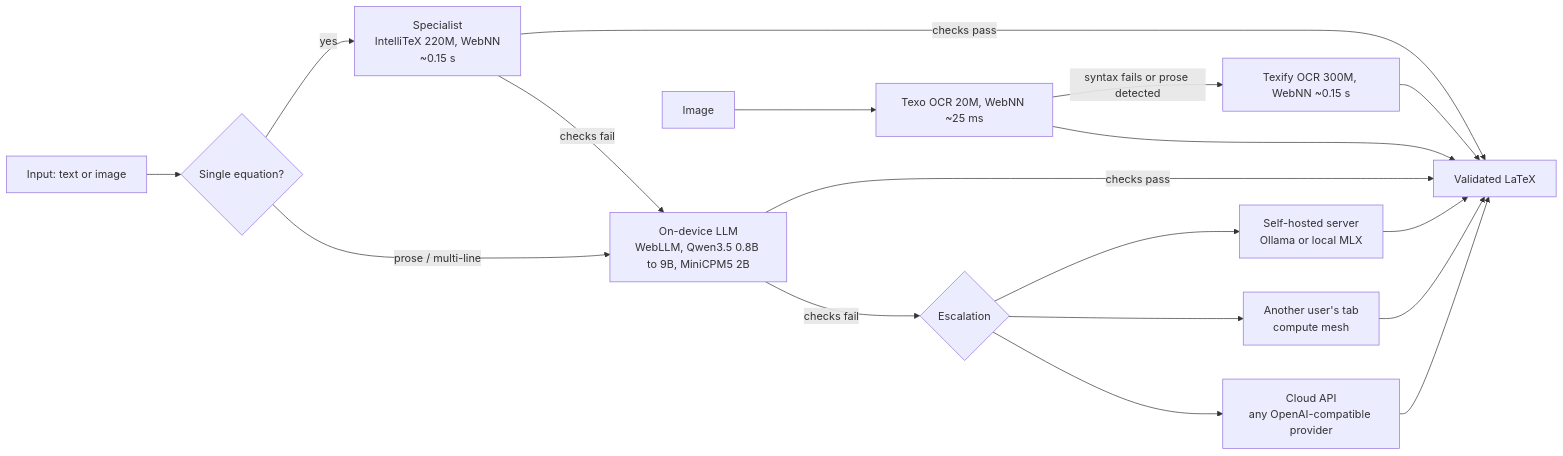
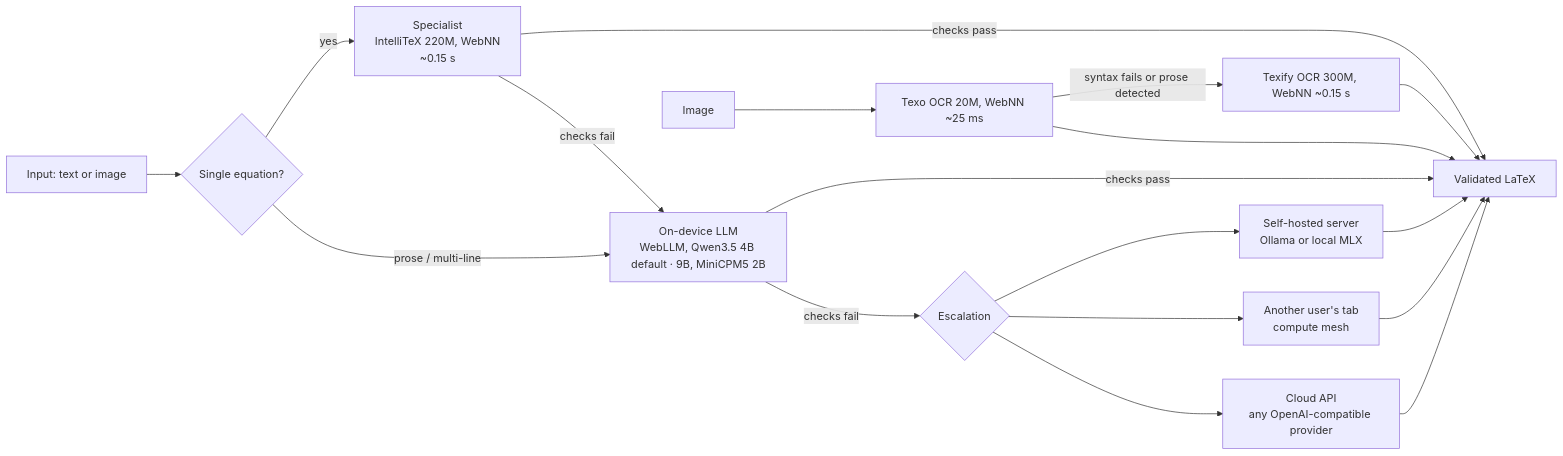
Before and after one commit to OlehZhyhinas/LatexGen: the diagram in docs/architecture.md, drawn with Mermaid. The commit also changed other lines of this file and 3 other files, not shown here.

First line of the commit message:
Default to the tuned Qwen 3.5 4B and cut the model list to three

````diff
--- a/docs/architecture.md
+++ b/docs/architecture.md
@@ -5,16 +5,16 @@
 ```mermaid
 flowchart LR
     A[Input: text or image] --> B{Single equation?}
     B -- yes --> C[Specialist<br/>IntelliTeX 220M, WebNN<br/>~0.15 s]
     B -- prose / multi-line --> D
     C -- checks pass --> Z[Validated LaTeX]
-    C -- checks fail --> D[On-device LLM<br/>WebLLM, Qwen3.5 0.8B to 9B, MiniCPM5 2B]
+    C -- checks fail --> D[On-device LLM<br/>WebLLM, Qwen3.5 4B default · 9B, MiniCPM5 2B]
     D -- checks pass --> Z
     D -- checks fail --> E{Escalation}
     E --> F[Self-hosted server<br/>Ollama or local MLX]
     E --> G[Another user's tab<br/>compute mesh]
     E --> H[Cloud API<br/>any OpenAI-compatible provider]
     F & G & H --> Z
     A2[Image] --> I[Texo OCR 20M, WebNN ~25 ms] -- syntax fails or prose detected --> J[Texify OCR 300M, WebNN ~0.15 s]
     I & J --> Z
 ```
````
